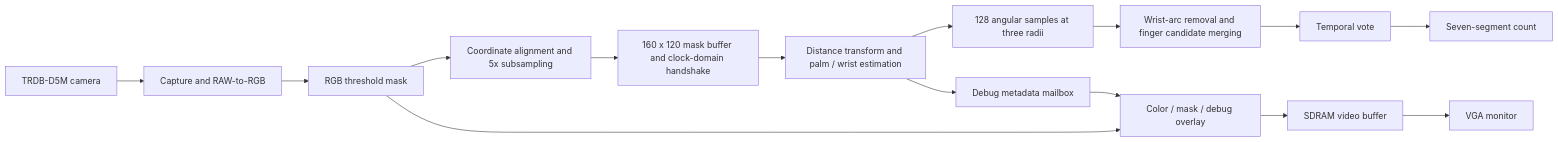
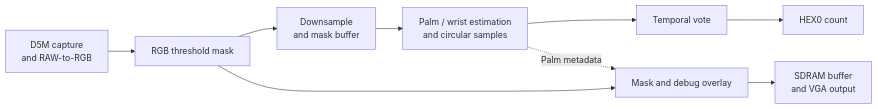
One commit to BrianPYXU/DE2-115-Finger-Count-Detection changed the diagram in README.md. Above: the diagram before and after it, drawn with Mermaid. The commit also changed other lines of this file, not shown here.

Commit message:
docs: improve FPGA finger-counting README and hardware demonstration

````diff
--- a/README.md
+++ b/README.md
@@ -33,17 +40,11 @@
 ```mermaid
 flowchart LR
-    Camera[TRDB-D5M camera] --> RGB[Capture and RAW-to-RGB]
-    RGB --> Skin[RGB threshold mask]
-    Skin --> Sample[Coordinate alignment and 5x subsampling]
-    Sample --> Buffer[160 x 120 mask buffer and clock-domain handshake]
-    Buffer --> Palm[Distance transform and palm / wrist estimation]
-    Palm --> Rings[128 angular samples at three radii]
-    Rings --> Count[Wrist-arc removal and finger candidate merging]
-    Count --> Vote[Temporal vote]
-    Vote --> HEX[Seven-segment count]
-    Skin --> Overlay[Color / mask / debug overlay]
-    Palm --> Metadata[Debug metadata mailbox]
-    Metadata --> Overlay
-    Overlay --> SDRAM[SDRAM video buffer]
-    SDRAM --> VGA[VGA monitor]
+    Camera["D5M capture<br/>and RAW-to-RGB"] --> Mask["RGB threshold mask"]
+    Mask --> Buffer["Downsample<br/>and mask buffer"]
+    Buffer --> Geometry["Palm / wrist estimation<br/>and circular samples"]
+    Geometry --> Vote["Temporal vote"]
+    Vote --> HEX["HEX0 count"]
+    Mask --> Overlay["Mask and debug overlay"]
+    Geometry -. "Palm metadata" .-> Overlay
+    Overlay --> Video["SDRAM buffer<br/>and VGA output"]
 ```
````
